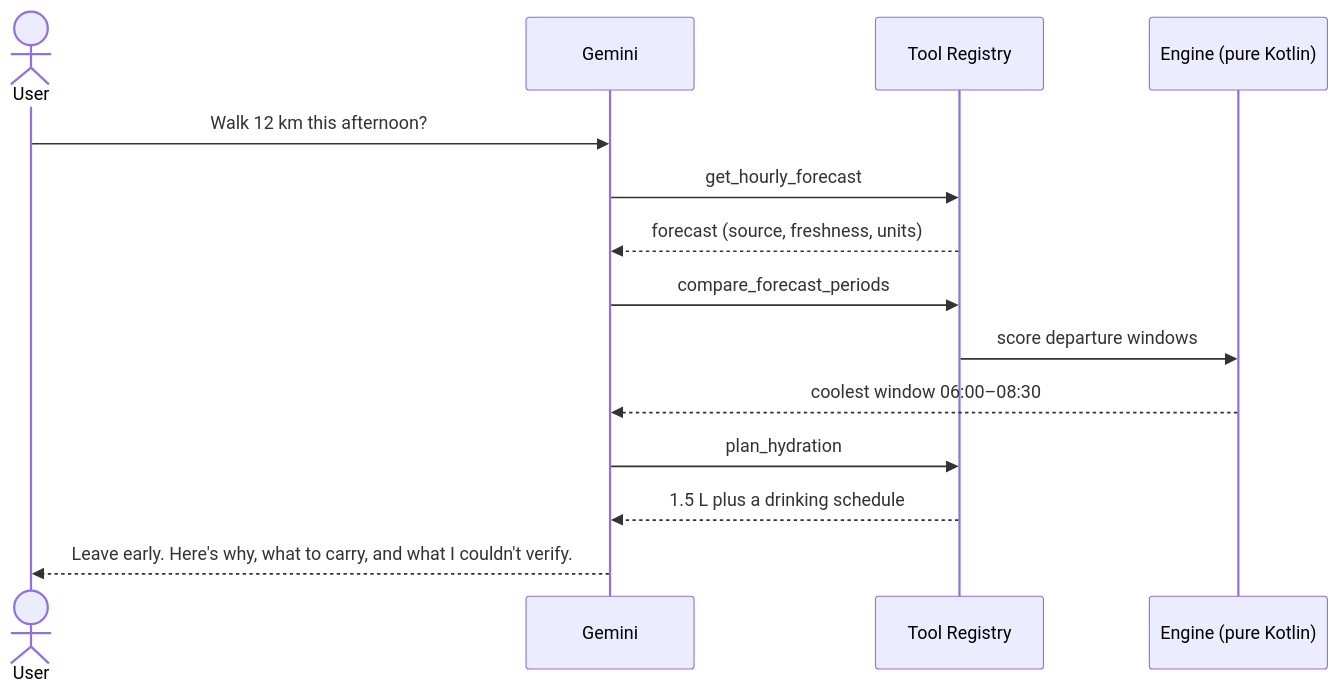
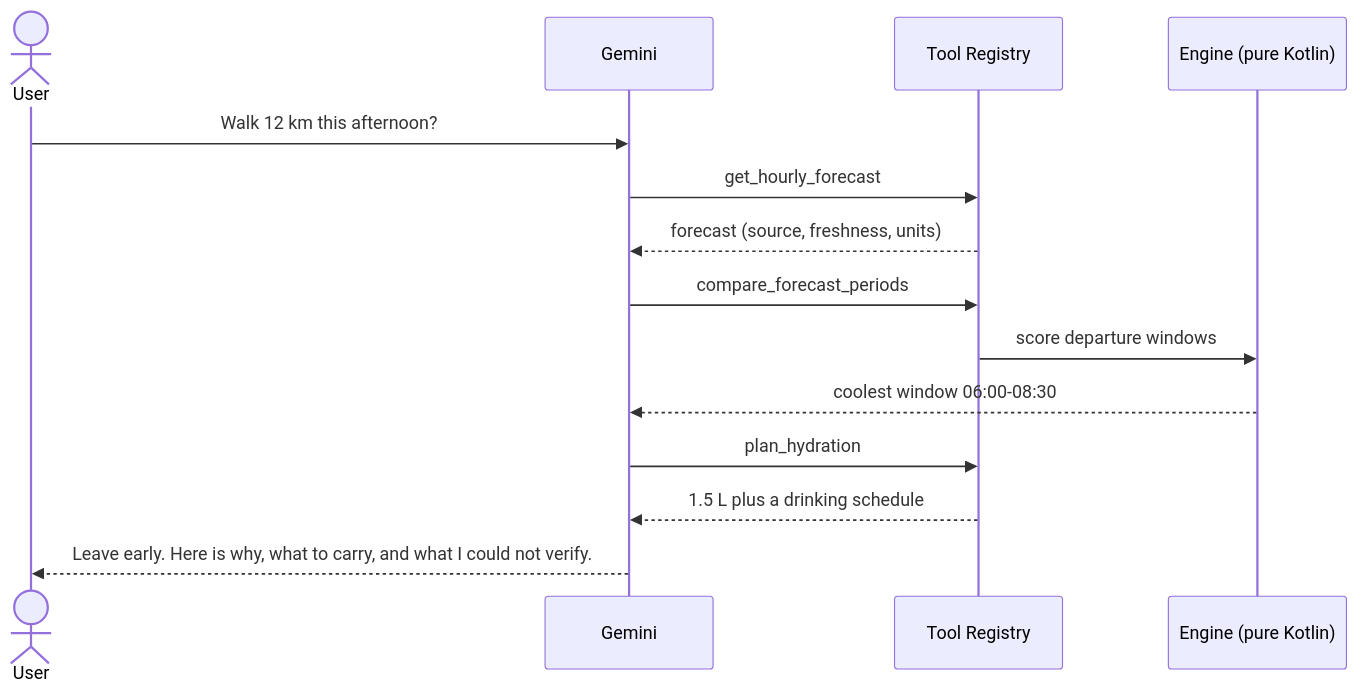
Before and after one commit to Ferousco-dev/hydro: the second of 2 diagrams in README.md, drawn with Mermaid. The commit also changed other lines of this file and 69 other files, not shown here.

````diff
--- a/README.md
+++ b/README.md
@@ -96,16 +74,16 @@
 ```mermaid
 sequenceDiagram
     actor User
     participant AI as Gemini
     participant Tools as Tool Registry
     participant Engine as Engine (pure Kotlin)
     User->>AI: Walk 12 km this afternoon?
     AI->>Tools: get_hourly_forecast
     Tools-->>AI: forecast (source, freshness, units)
     AI->>Tools: compare_forecast_periods
     Tools->>Engine: score departure windows
-    Engine-->>AI: coolest window 06:00–08:30
+    Engine-->>AI: coolest window 06:00-08:30
     AI->>Tools: plan_hydration
     Tools-->>AI: 1.5 L plus a drinking schedule
-    AI-->>User: Leave early. Here's why, what to carry, and what I couldn't verify.
+    AI-->>User: Leave early. Here is why, what to carry, and what I could not verify.
 ```
````
